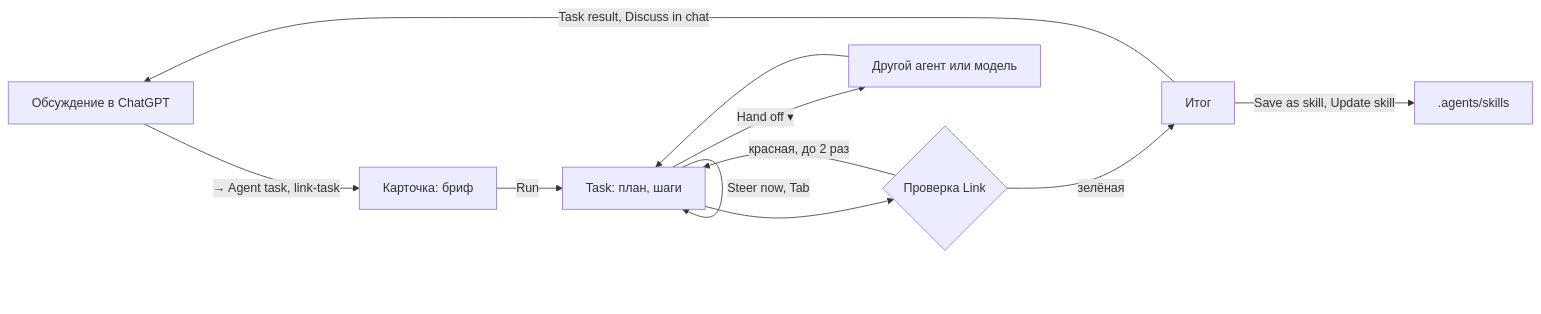
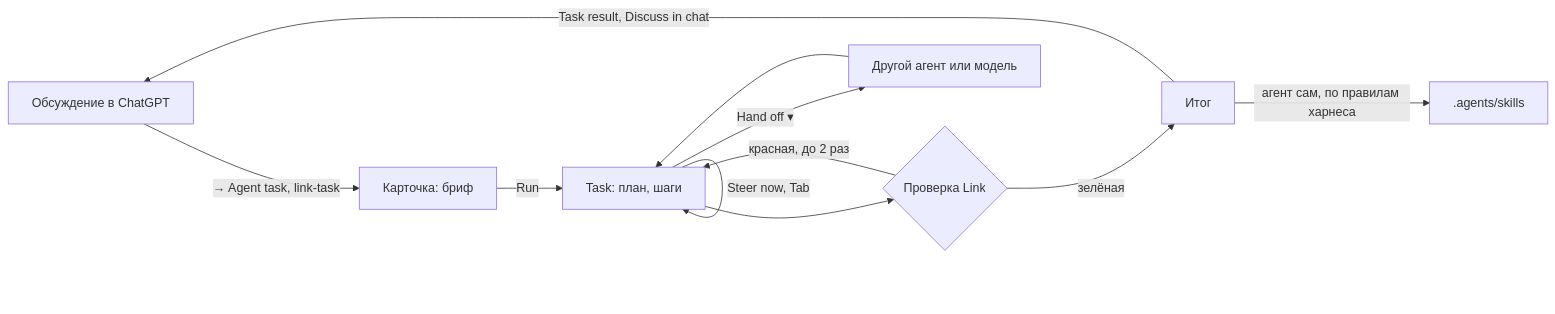
Before and after one commit to Vladlen626/LINK: the diagram in README.md, drawn with Mermaid. The commit also changed other lines of this file and 25 other files, not shown here.

````diff
--- a/README.md
+++ b/README.md
@@ -129,13 +136,13 @@
 ```mermaid
 flowchart LR
     A["Обсуждение в ChatGPT"] -->|"→ Agent task, link-task"| B["Карточка: бриф"]
     B -->|Run| C["Task: план, шаги"]
     C -->|"Steer now, Tab"| C
     C --> D{"Проверка Link"}
     D -->|"красная, до 2 раз"| C
     D -->|зелёная| E["Итог"]
     C -->|"Hand off ▾"| F["Другой агент или модель"]
     F --> C
     E -->|"Task result, Discuss in chat"| A
-    E -->|"Save as skill, Update skill"| G[".agents/skills"]
+    E -->|"агент сам, по правилам харнеса"| G[".agents/skills"]
 ```
````
